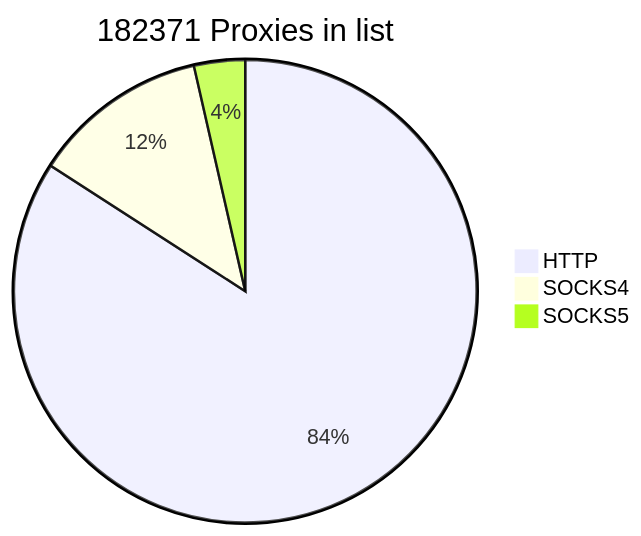
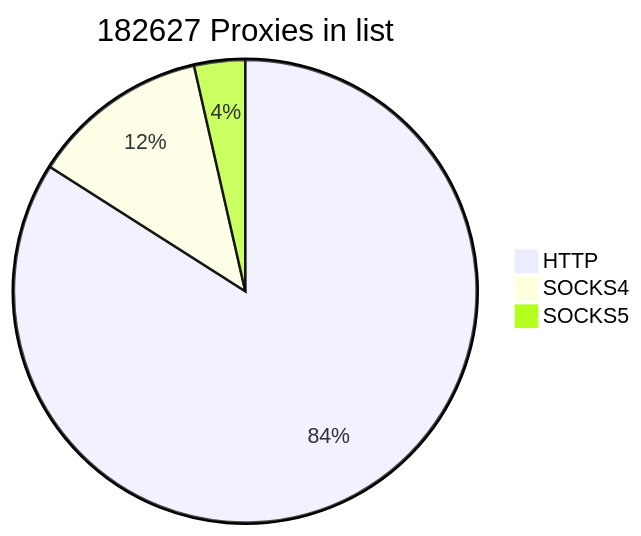
Before and after one commit to cutipu/proxylist: the first of 2 diagrams in README.md, drawn with Mermaid. The commit also changed other lines of this file, not shown here.

````diff
--- a/README.md
+++ b/README.md
@@ -2,7 +2,7 @@
 ```mermaid
-pie title 182371 Proxies in list
-    "HTTP" : 153408
-    "SOCKS4" : 22457
-    "SOCKS5" : 6506
+pie title 182627 Proxies in list
+    "HTTP" : 153451
+    "SOCKS4" : 22679
+    "SOCKS5" : 6497
             
 ```
````
